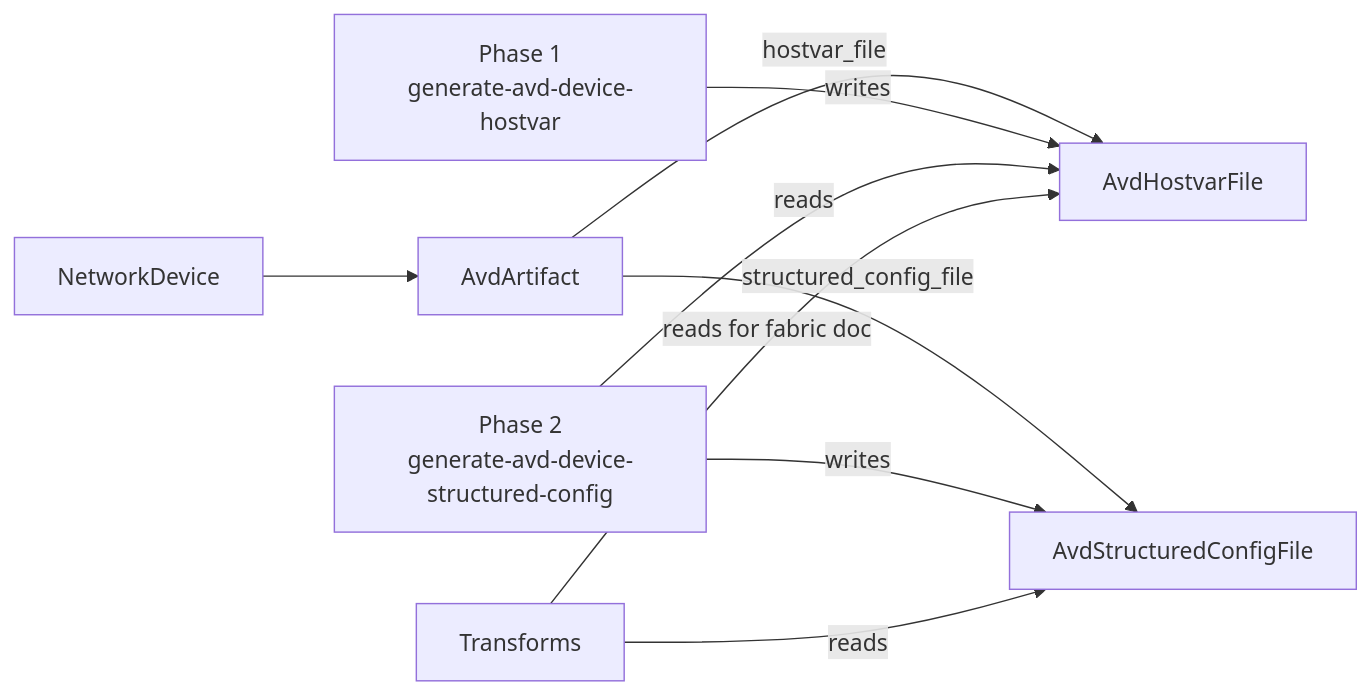
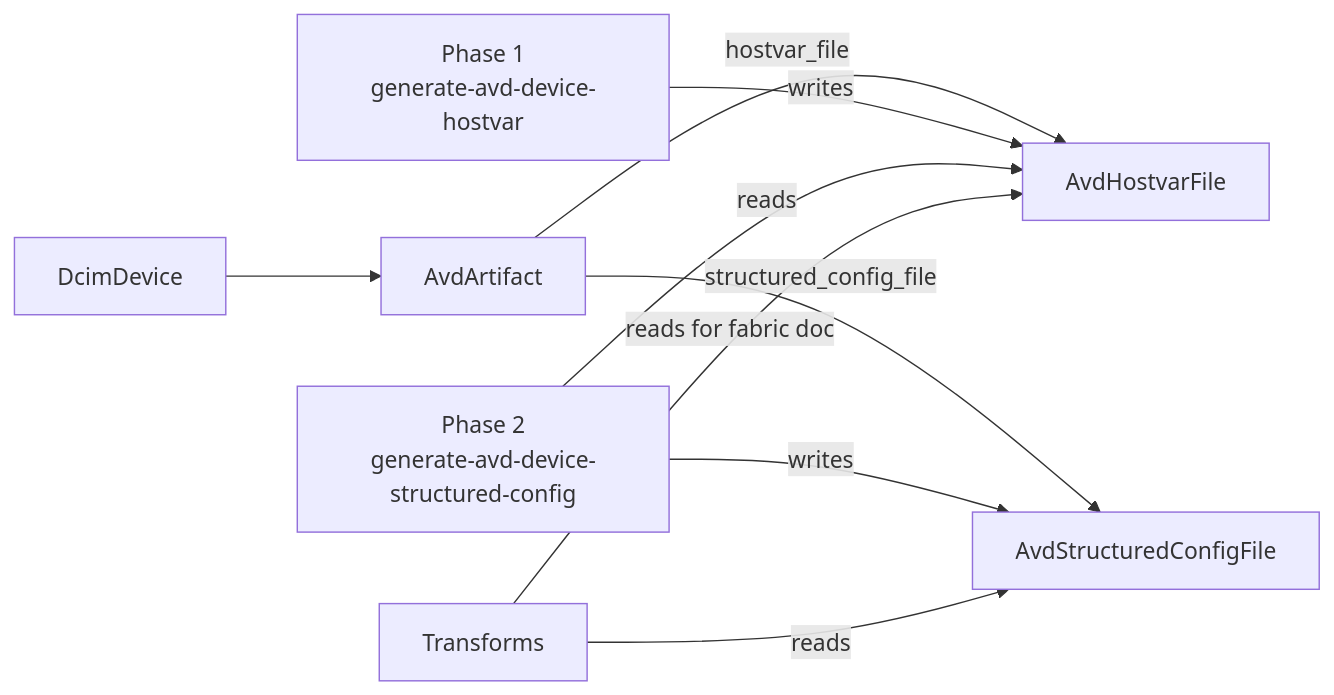
Before and after one commit to opsmill/infrahub-arista-avd: the diagram in docs/docs/developer-guide/avd/artifacts.md, drawn with Mermaid. The commit also changed other lines of this file and 15 other files, not shown here.

First line of the commit message:
docs: fix voice violations and correct GraphQL kind names across docs

````diff
--- a/docs/docs/developer-guide/avd/artifacts.md
+++ b/docs/docs/developer-guide/avd/artifacts.md
@@ -112,20 +112,20 @@
 ```mermaid
 flowchart LR
-    ND[NetworkDevice]
+    ND[DcimDevice]
     AA[AvdArtifact]
     HF[AvdHostvarFile]
     SCF[AvdStructuredConfigFile]
     ND --> AA
     AA -->|hostvar_file| HF
     AA -->|structured_config_file| SCF
 
     P1[Phase 1<br/>generate-avd-device-hostvar]
     P2[Phase 2<br/>generate-avd-device-structured-config]
     TR[Transforms]
 
     P1 -->|writes| HF
     P2 -->|reads| HF
     P2 -->|writes| SCF
     TR -->|reads| SCF
     TR -->|reads for fabric doc| HF
 ```
````
